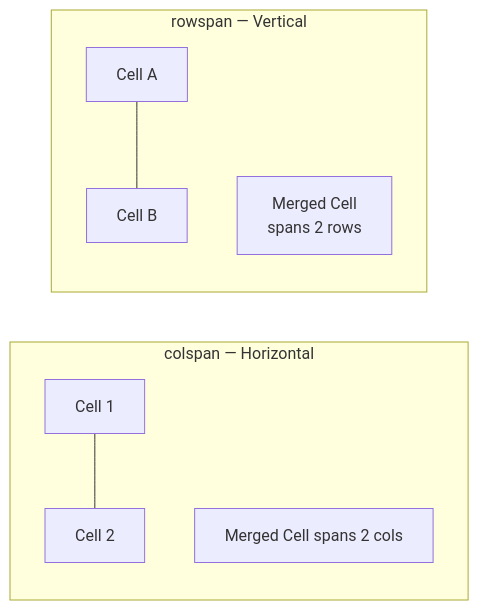
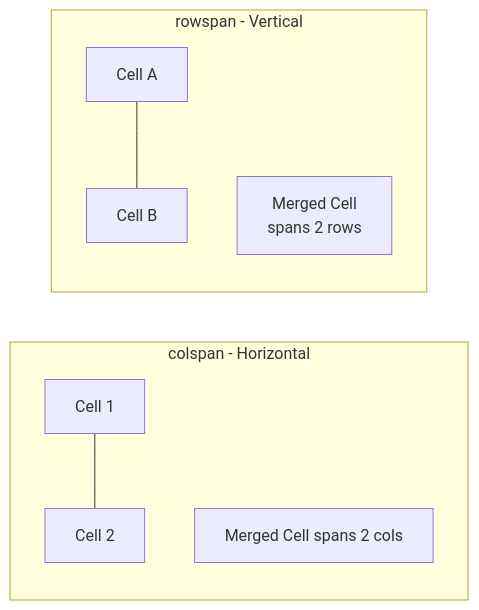
The second of 2 diagrams in Lesson-5/en/Tables.md (JLearn-space/HTML), drawn with Mermaid before and after one commit. The commit also changed other lines of this file and 29 other files, not shown here.

````diff
--- a/Lesson-5/en/Tables.md
+++ b/Lesson-5/en/Tables.md
@@ -282,13 +282,13 @@
 ```mermaid
 flowchart LR
-    subgraph colspan["colspan — Horizontal"]
+    subgraph colspan["colspan - Horizontal"]
         direction TB
         C1["Cell 1"] --- C2["Cell 2"]
         C3["Merged Cell spans 2 cols"]
     end
-    subgraph rowspan["rowspan — Vertical"]
+    subgraph rowspan["rowspan - Vertical"]
         direction TB
         R1["Cell A"] --- R2["Cell B"]
         R3["Merged Cell\nspans 2 rows"]
     end
 ```
````
